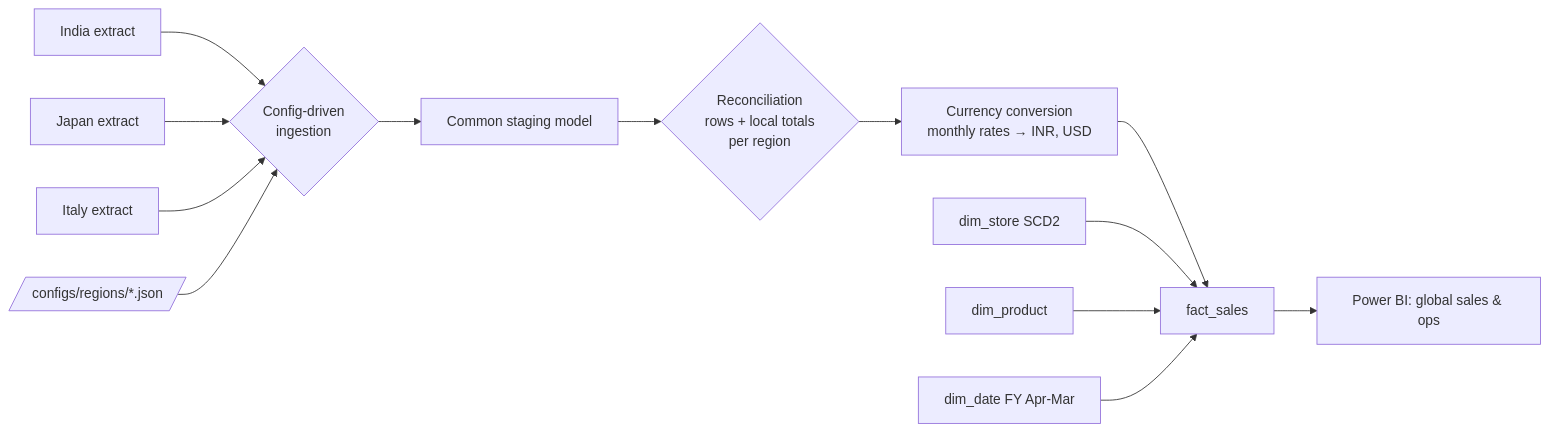
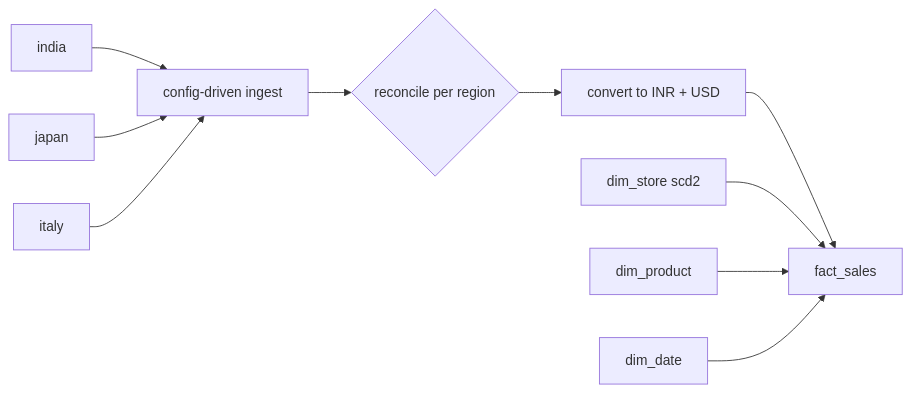
The diagram in README.md (amitd307/global-sales-ops-edw), drawn with Mermaid before and after one commit. The commit also changed other lines of this file, not shown here.

````diff
--- a/README.md
+++ b/README.md
@@ -21,15 +21,12 @@
 ```mermaid
 flowchart LR
-    IN[India extract] --> C{Config-driven<br/>ingestion}
-    JP[Japan extract] --> C
-    IT[Italy extract] --> C
-    CFG[/configs/regions/*.json/] --> C
-    C --> STG[Common staging model]
-    STG --> R{Reconciliation<br/>rows + local totals<br/>per region}
-    R --> FX[Currency conversion<br/>monthly rates → INR, USD]
+    IN[india] --> C[config-driven ingest]
+    JP[japan] --> C
+    IT[italy] --> C
+    C --> R{reconcile per region}
+    R --> FX[convert to INR + USD]
     FX --> F[fact_sales]
-    D1[dim_store SCD2] --> F
-    D2[dim_product] --> F
-    D3[dim_date FY Apr-Mar] --> F
-    F --> PBI[Power BI: global sales & ops]
+    S[dim_store scd2] --> F
+    P[dim_product] --> F
+    D[dim_date] --> F
 ```
````
